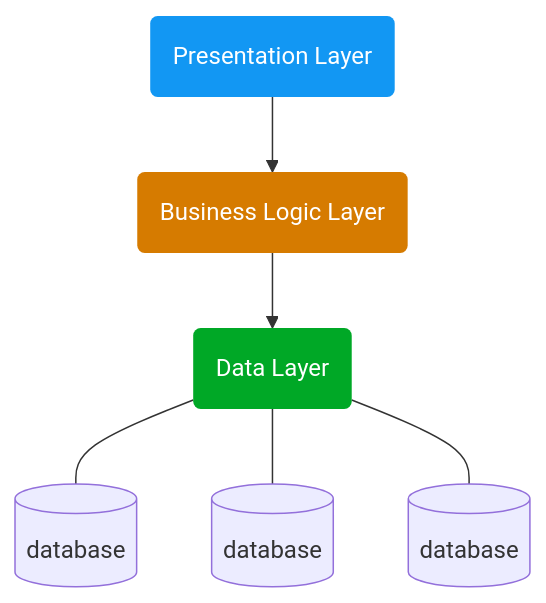
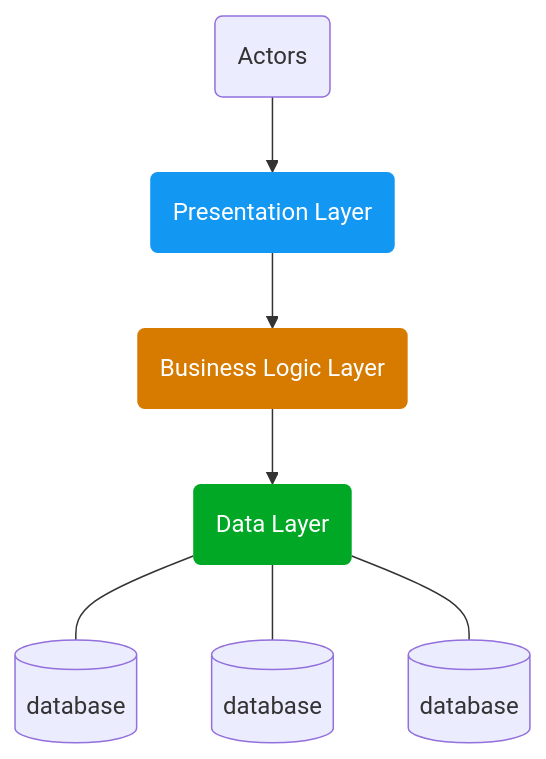
The diagram in README.MD (ukritfongsomboon/Hexagonal), drawn with Mermaid before and after one commit.

````diff
--- a/README.MD
+++ b/README.MD
@@ -23,12 +23,13 @@
 ```mermaid
 flowchart TB
+AC(Actors) --> A
 A(Presentation Layer) --> B(Business Logic Layer)
 B --> C(Data Layer)
 C --- id1[(database)]
 C --- id2[(database)]
 C --- id3[(database)]
 
 style A fill:#1297f3,stroke-width:0px,color:#fff
 style B fill:#d67b00,stroke-width:0px,color:#fff
 style C fill:#00a826,stroke-width:0px,color:#fff
 ```
````
